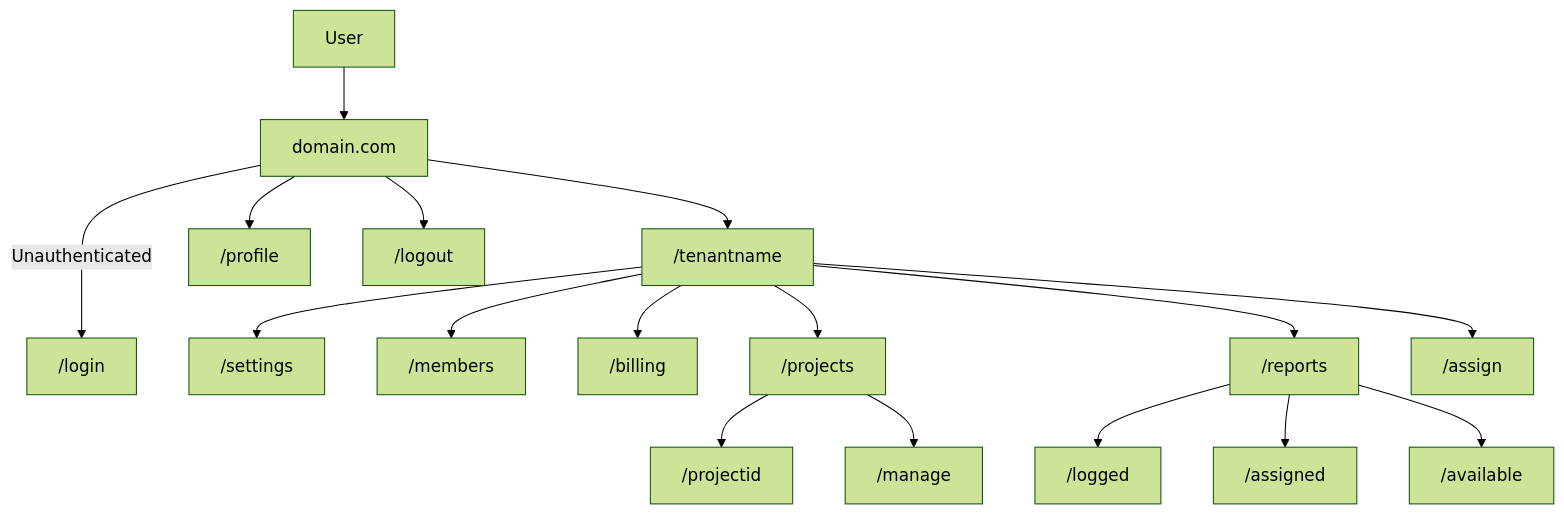
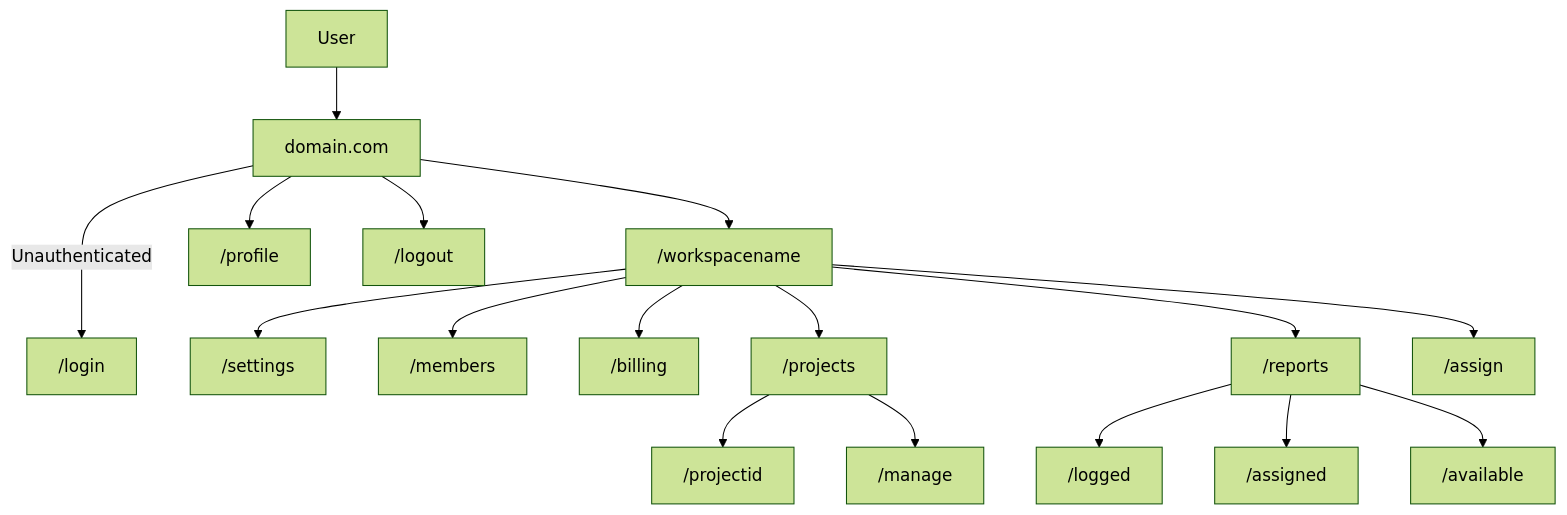
The diagram in design/overview.md (banuragaxioned/loggrr), drawn with Mermaid (forest theme) before and after one commit. The commit also changed 42 other files, not shown here.

````diff
--- a/design/overview.md
+++ b/design/overview.md
@@ -42,19 +42,19 @@
 ```mermaid
 graph TD;
     User-->domain.com;
     domain.com--Unauthenticated--->/login;
-    domain.com-->/tenantname;
+    domain.com-->/workspacename;
     domain.com-->/profile;
     domain.com-->/logout;
-    /tenantname-->/settings;
-    /tenantname-->/members;
-    /tenantname-->/billing;
-    /tenantname-->/projects;
+    /workspacename-->/settings;
+    /workspacename-->/members;
+    /workspacename-->/billing;
+    /workspacename-->/projects;
     /projects-->/projectid;
     /projects-->/manage;
-    /tenantname-->/reports;
-    /tenantname-->/assign;
+    /workspacename-->/reports;
+    /workspacename-->/assign;
     /reports-->/logged;
     /reports-->/assigned;
     /reports-->/available;
 ```
````
